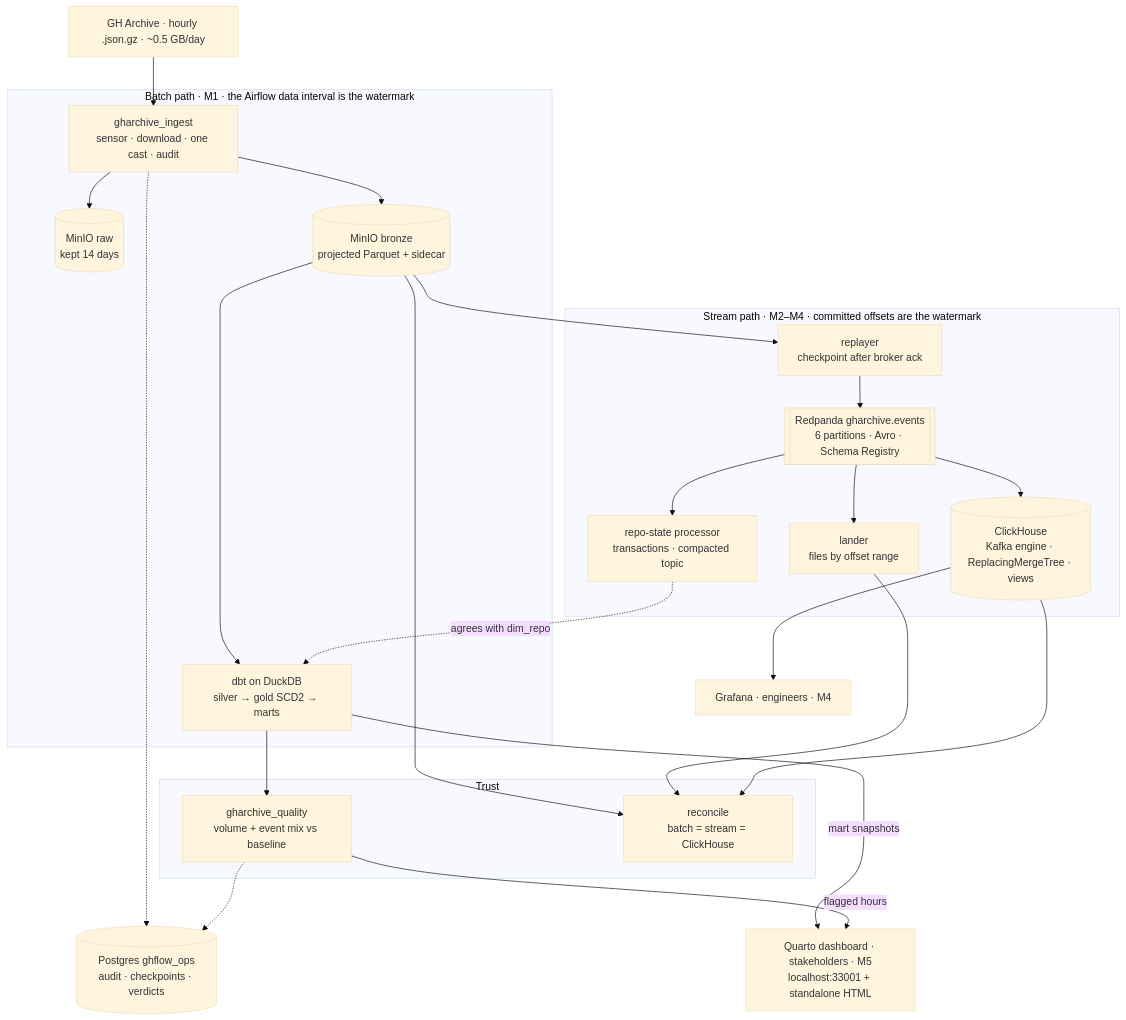
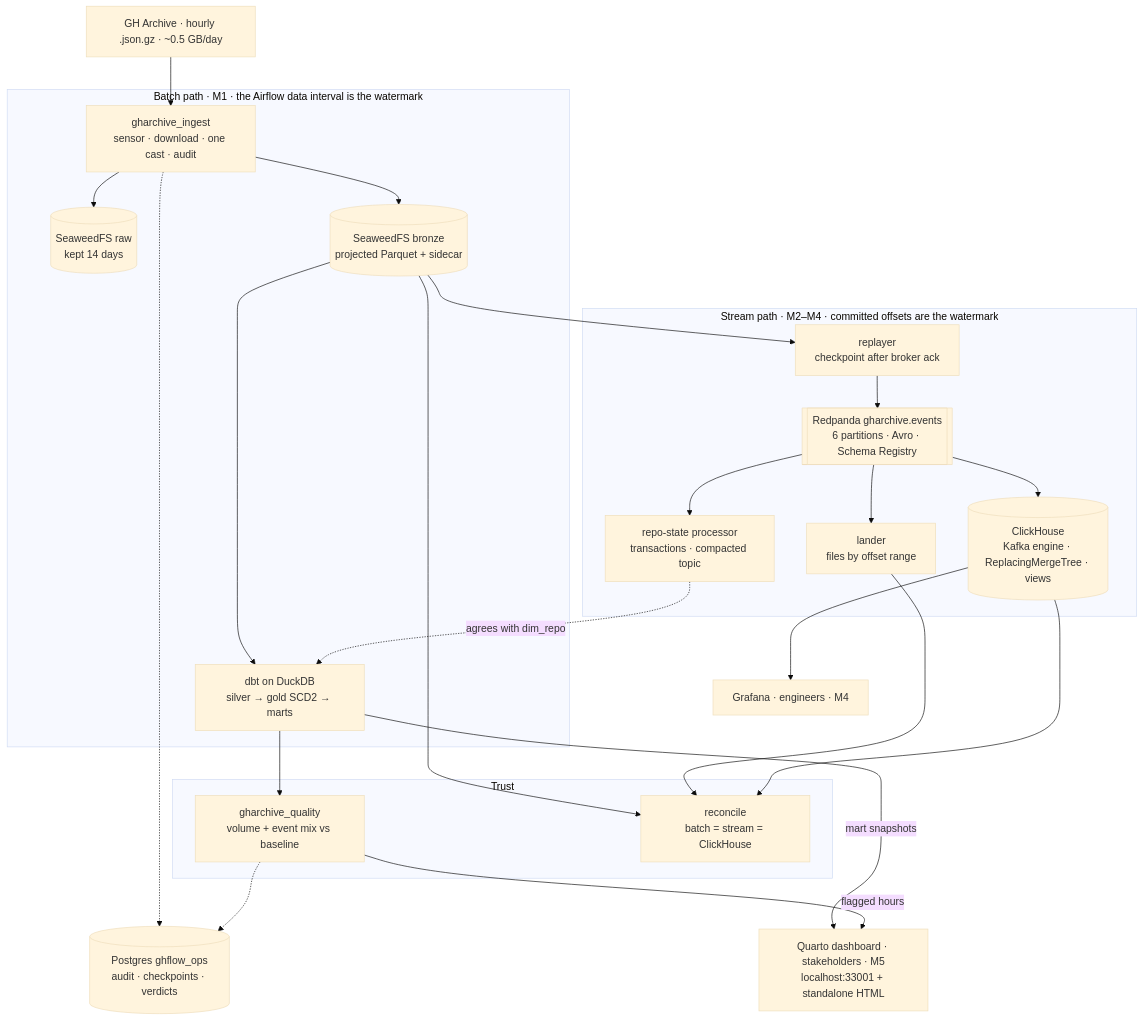
Before and after one commit to loadbearingcode-222/ghflow: the diagram in docs/architecture.md, drawn with Mermaid (base theme). The commit also changed other lines of this file and 6 other files, not shown here.

````diff
--- a/docs/architecture.md
+++ b/docs/architecture.md
@@ -11,37 +11,37 @@
 ```mermaid
 flowchart TB
   GA["GH Archive · hourly .json.gz · ~0.5 GB/day"]
   subgraph BATCH["Batch path · M1 · the Airflow data interval is the watermark"]
     ING["gharchive_ingest<br/>sensor · download · one cast · audit"]
-    RAW[("MinIO raw<br/>kept 14 days")]
-    BRZ[("MinIO bronze<br/>projected Parquet + sidecar")]
+    RAW[("SeaweedFS raw<br/>kept 14 days")]
+    BRZ[("SeaweedFS bronze<br/>projected Parquet + sidecar")]
     DBT["dbt on DuckDB<br/>silver → gold SCD2 → marts"]
   end
   subgraph STREAM["Stream path · M2–M4 · committed offsets are the watermark"]
     REP["replayer<br/>checkpoint after broker ack"]
     RP[["Redpanda gharchive.events<br/>6 partitions · Avro · Schema Registry"]]
     LAN["lander<br/>files by offset range"]
     RS["repo-state processor<br/>transactions · compacted topic"]
     CH[("ClickHouse<br/>Kafka engine · ReplacingMergeTree · views")]
   end
   subgraph TRUST["Trust"]
     DQ["gharchive_quality<br/>volume + event mix vs baseline"]
     REC["reconcile<br/>batch = stream = ClickHouse"]
   end
   OPS[("Postgres ghflow_ops<br/>audit · checkpoints · verdicts")]
   GRA["Grafana · engineers · M4"]
   QUA["Quarto dashboard · stakeholders · M5<br/>localhost:33001 + standalone HTML"]
   GA --> ING
   ING --> RAW & BRZ
   BRZ --> DBT
   BRZ --> REP --> RP
   RP --> LAN & RS & CH
   ING -.-> OPS
   DBT --> DQ
   DQ -.-> OPS
   BRZ & LAN & CH --> REC
   RS -.->|agrees with dim_repo| DBT
   CH --> GRA
   DBT -->|mart snapshots| QUA
   DQ -->|flagged hours| QUA
 ```
````
